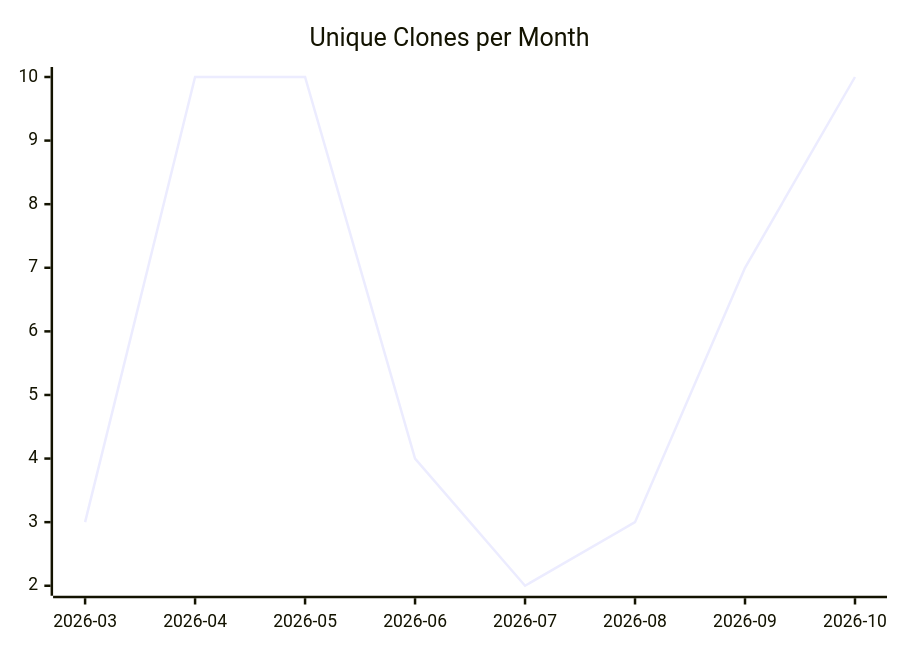
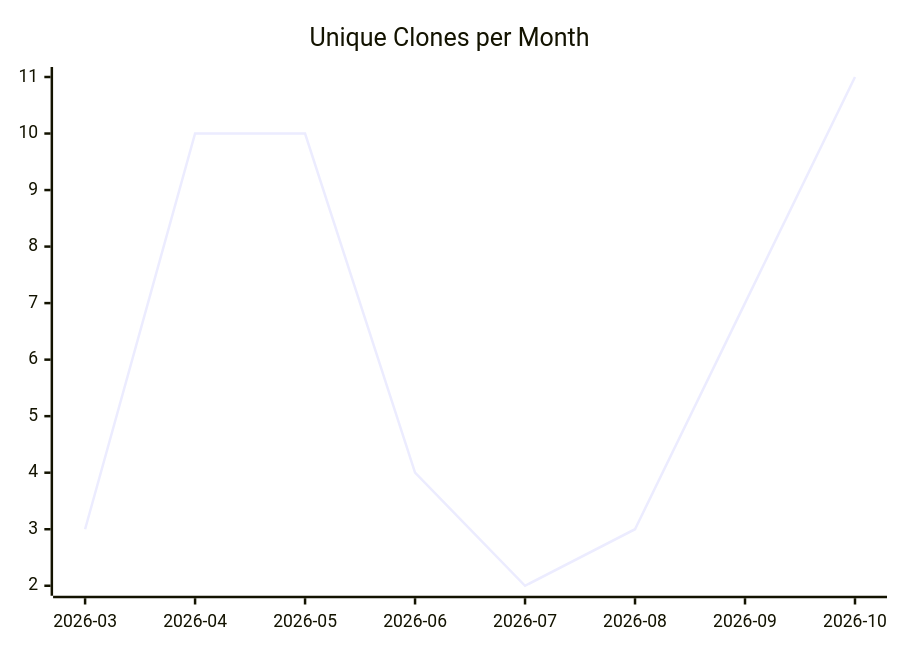
The third of 3 diagrams in karlmdavis/stockfighter-trades-solutions/README.md (justdavis-family/github-analytics-data), drawn with Mermaid before and after one commit. The commit also changed other lines of this file and 199 other files, not shown here.

````diff
--- a/karlmdavis/stockfighter-trades-solutions/README.md
+++ b/karlmdavis/stockfighter-trades-solutions/README.md
@@ -19,6 +19,6 @@
 ```mermaid
 xychart-beta
   title "Unique Clones per Month"
   x-axis ["2026-03", "2026-04", "2026-05", "2026-06", "2026-07", "2026-08", "2026-09", "2026-10"]
-  line [3, 10, 10, 4, 2, 3, 7, 10]
+  line [3, 10, 10, 4, 2, 3, 7, 11]
 ```
````
